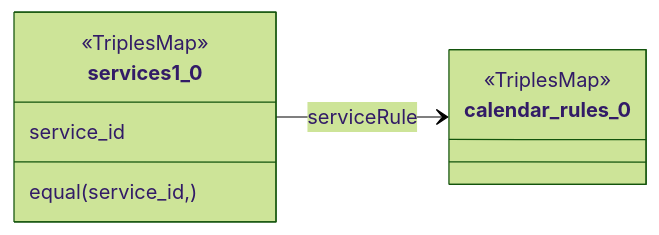
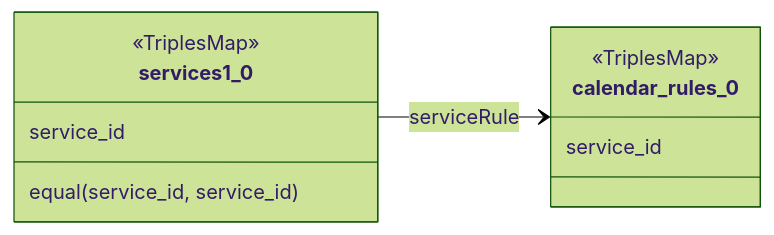
Before and after one commit to oeg-upm/rmldoc: diagram 26 of 26 in src/RDFMappingDocumentation/out.md, drawn with Mermaid. The commit also changed other lines of this file, not shown here.

````diff
--- a/src/RDFMappingDocumentation/out.md
+++ b/src/RDFMappingDocumentation/out.md
@@ -308,12 +658,12 @@
 ```mermaid
 %%{ init : { "theme" : "forest", "flowchart" : { "curve" : "stepBefore" }}}%%
 classDiagram
 direction LR
 services1_0 --> calendar_rules_0 : serviceRule
 services1_0: service_id
-services1_0: equal(service_id, )
-calendar_rules_0: 
+services1_0: equal(service_id, service_id)
+calendar_rules_0: service_id
 <<TriplesMap>> services1_0 
 <<TriplesMap>> calendar_rules_0
    
 ``` 
````
